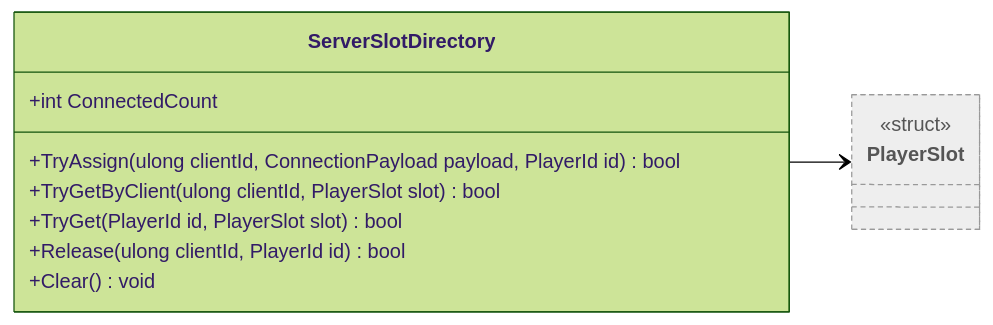
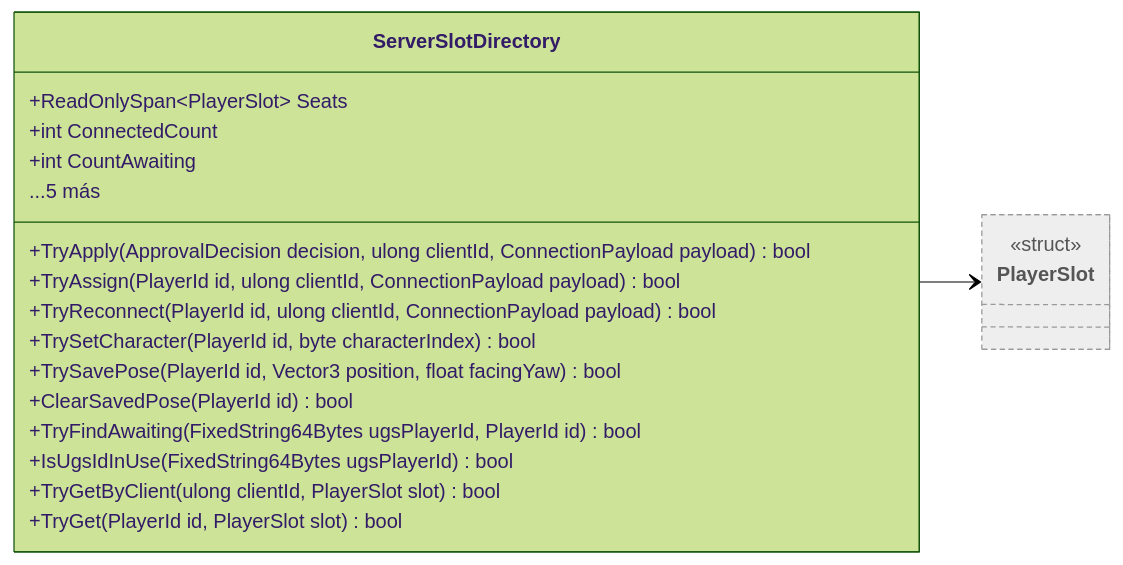
One commit to Chacashi/Alien-Farms changed the diagram in Docs/Arquitectura/Clases/Networking/ServerSlotDirectory.md. Above: the diagram before and after it, drawn with Mermaid (forest theme). The commit also changed other lines of this file and 257 other files, not shown here.

````diff
--- a/Docs/Arquitectura/Clases/Networking/ServerSlotDirectory.md
+++ b/Docs/Arquitectura/Clases/Networking/ServerSlotDirectory.md
@@ -15,16 +15,24 @@
 ```mermaid
 classDiagram
   direction LR
   class ServerSlotDirectory {
+    +ReadOnlySpan~PlayerSlot~ Seats
     +int ConnectedCount
-    +TryAssign(ulong clientId, ConnectionPayload payload, PlayerId id) bool
+    +int CountAwaiting
+    +TryApply(ApprovalDecision decision, ulong clientId, ConnectionPayload payload) bool
+    +TryAssign(PlayerId id, ulong clientId, ConnectionPayload payload) bool
+    +TryReconnect(PlayerId id, ulong clientId, ConnectionPayload payload) bool
+    +TrySetCharacter(PlayerId id, byte characterIndex) bool
+    +TrySavePose(PlayerId id, Vector3 position, float facingYaw) bool
+    +ClearSavedPose(PlayerId id) bool
+    +TryFindAwaiting(FixedString64Bytes ugsPlayerId, PlayerId id) bool
+    +IsUgsIdInUse(FixedString64Bytes ugsPlayerId) bool
     +TryGetByClient(ulong clientId, PlayerSlot slot) bool
     +TryGet(PlayerId id, PlayerSlot slot) bool
-    +Release(ulong clientId, PlayerId id) bool
-    +Clear() void
+    ...5 más
   }
   class PlayerSlot:::external
   <<struct>> PlayerSlot
   ServerSlotDirectory --> PlayerSlot
   classDef external fill:#eee,stroke:#999,stroke-dasharray: 4 3,color:#555
 ```
````
